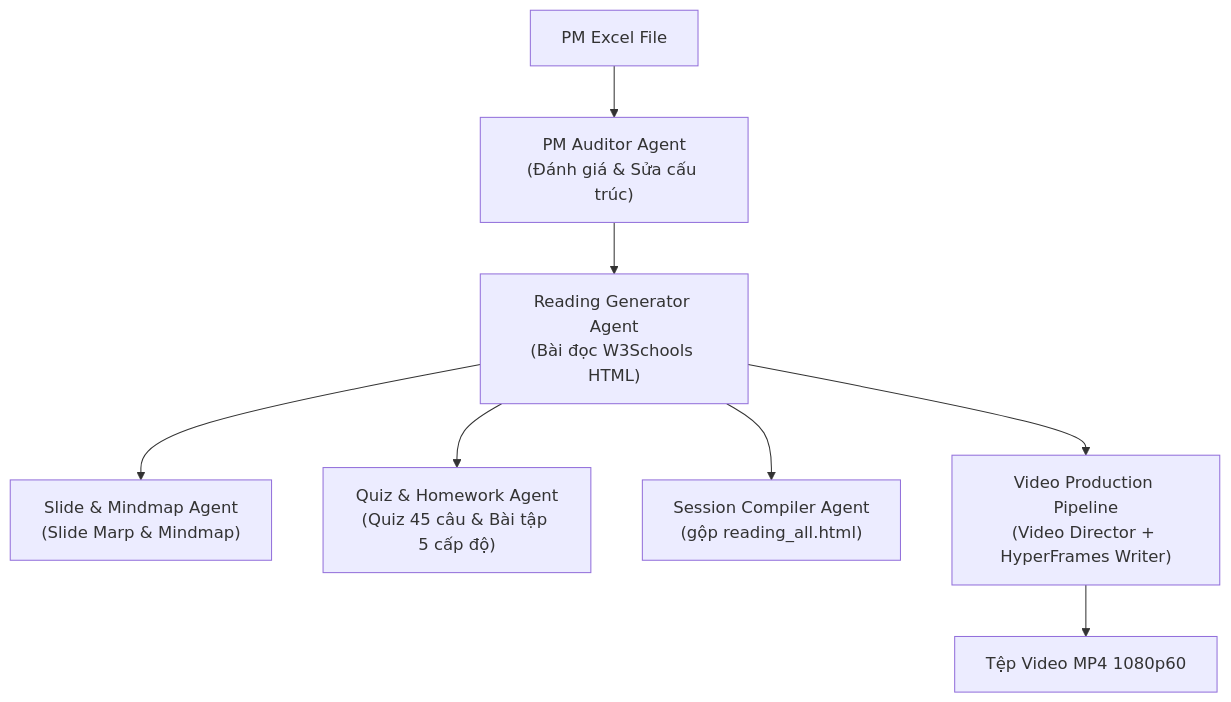
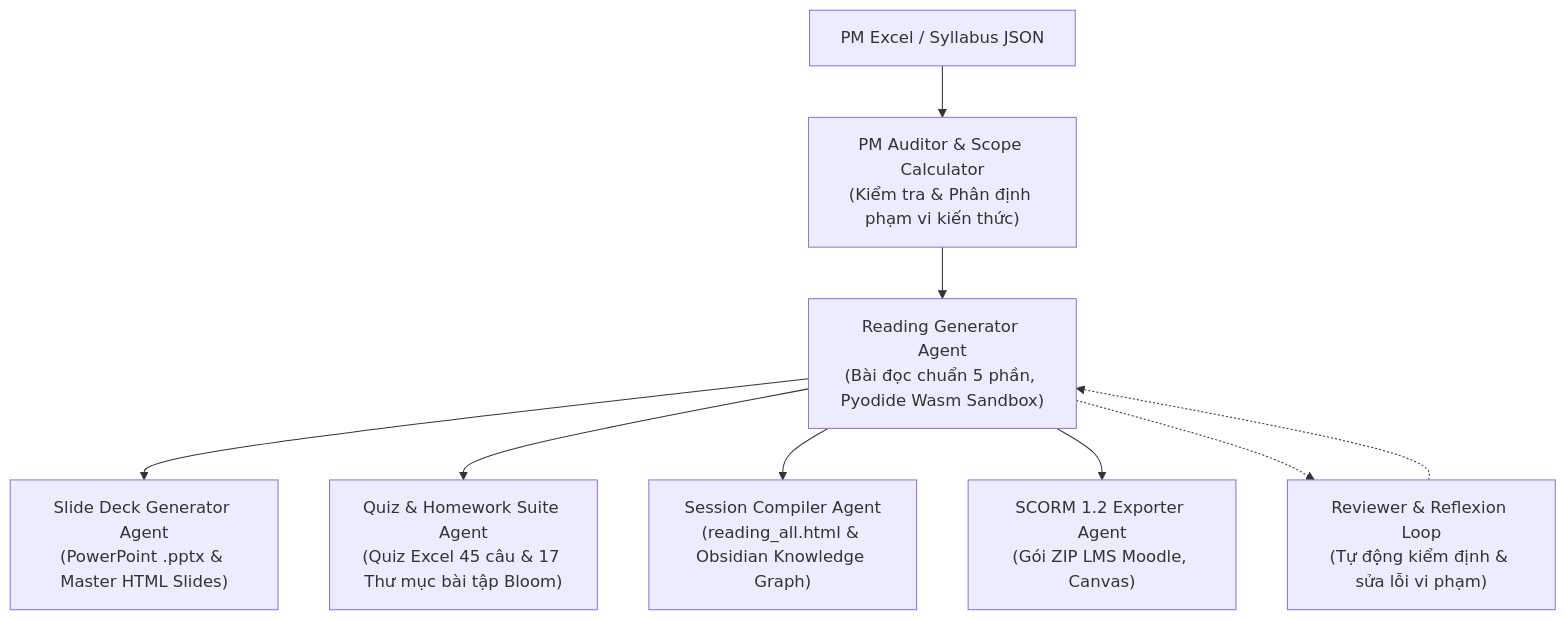
One commit to ngoquy12/learning_material changed the diagram in documents/01_tong_quan_he_thong_multi_agent.md. Above: the diagram before and after it, drawn with Mermaid. The commit also changed other lines of this file and 2 other files, not shown here.

Commit message:
docs: rewrite comprehensive README.md and update multi-agent system operational documentation

````diff
--- a/documents/01_tong_quan_he_thong_multi_agent.md
+++ b/documents/01_tong_quan_he_thong_multi_agent.md
@@ -10,10 +10,12 @@
 ```mermaid
 flowchart TD
-    PM["PM Excel File"] --> A1["PM Auditor Agent<br>(Đánh giá & Sửa cấu trúc)"]
-    A1 --> A2["Reading Generator Agent<br>(Bài đọc W3Schools HTML)"]
-    A2 --> A3["Slide & Mindmap Agent<br>(Slide Marp & Mindmap)"]
-    A2 --> A4["Quiz & Homework Agent<br>(Quiz 45 câu & Bài tập 5 cấp độ)"]
-    A2 --> A5["Session Compiler Agent<br>(gộp reading_all.html)"]
-    A2 --> A6["Video Production Pipeline<br>(Video Director + HyperFrames Writer)"]
-    A6 --> V["Tệp Video MP4 1080p60"]
+    PM["PM Excel / Syllabus JSON"] --> A1["PM Auditor & Scope Calculator<br>(Kiểm tra & Phân định phạm vi kiến thức)"]
+    A1 --> A2["Reading Generator Agent<br>(Bài đọc chuẩn 5 phần, Pyodide Wasm Sandbox)"]
+    A2 --> A3["Slide Deck Generator Agent<br>(PowerPoint .pptx & Master HTML Slides)"]
+    A2 --> A4["Quiz & Homework Suite Agent<br>(Quiz Excel 45 câu & 17 Thư mục bài tập Bloom)"]
+    A2 --> A5["Session Compiler Agent<br>(reading_all.html & Obsidian Knowledge Graph)"]
+    A2 --> A6["SCORM 1.2 Exporter Agent<br>(Gói ZIP LMS Moodle, Canvas)"]
+    
+    A2 -.-> R["Reviewer & Reflexion Loop<br>(Tự động kiểm định & sửa lỗi vi phạm)"]
+    R -.-> A2
 ```
````
